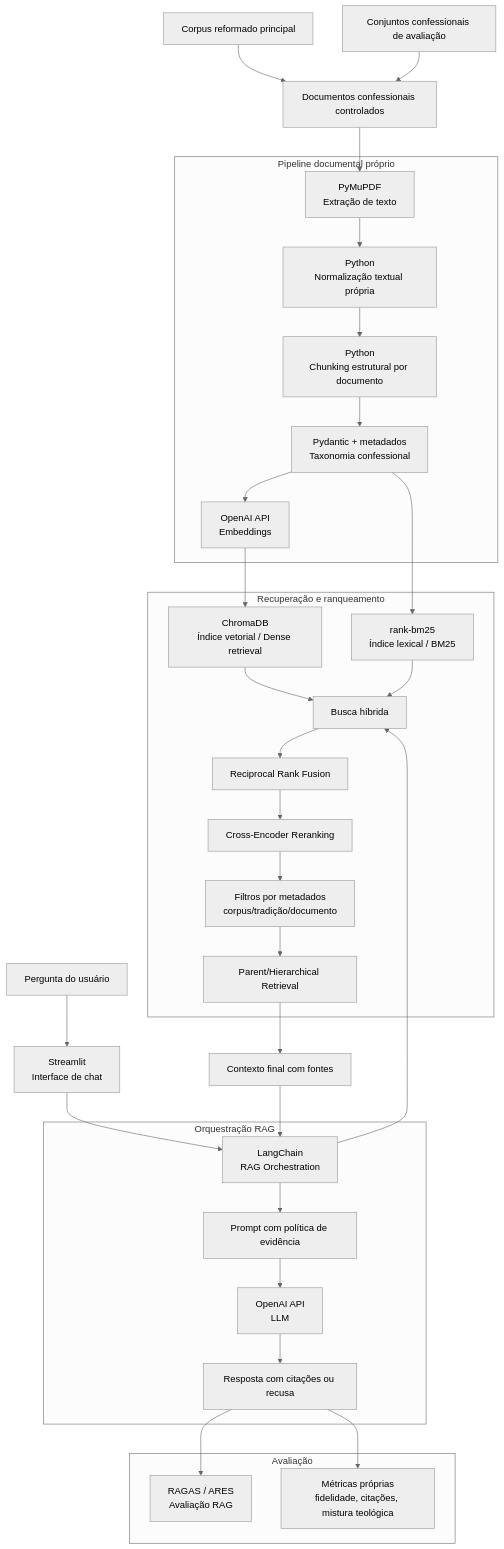
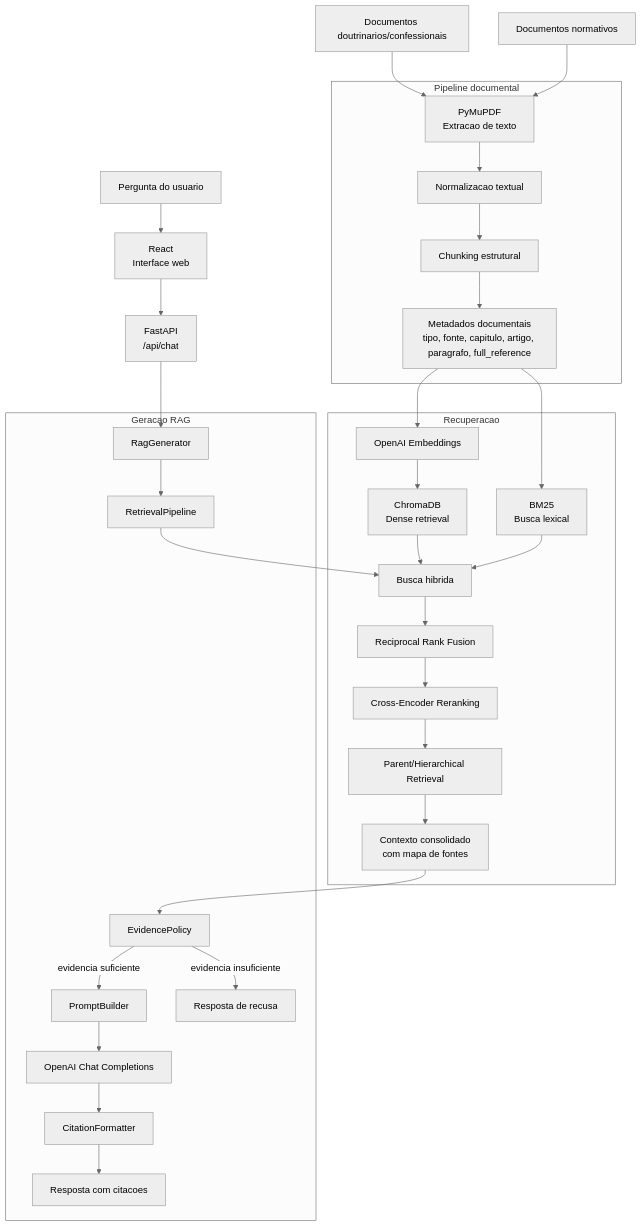
One commit to anabeatrizcavalcanti/aia changed the diagram in README.md. Above: the diagram before and after it, drawn with Mermaid (neutral theme). The commit also changed other lines of this file and 27 other files, not shown here.

Commit message:
feat: adiciona interface web

````diff
--- a/README.md
+++ b/README.md
@@ -33,65 +72,60 @@
 ```mermaid
 flowchart TD
-    A[Documentos confessionais controlados] --> B[PyMuPDF<br/>Extração de texto]
-    B --> C[Python<br/>Normalização textual própria]
-    C --> D[Python<br/>Chunking estrutural por documento]
-    D --> E[Pydantic + metadados<br/>Taxonomia confessional]
+    D1[Documentos doutrinarios/confessionais] --> A[PyMuPDF<br/>Extracao de texto]
+    D2[Documentos normativos] --> A
+    A --> B[Normalizacao textual]
+    B --> C[Chunking estrutural]
+    C --> M[Metadados documentais<br/>tipo, fonte, capitulo, artigo, paragrafo, full_reference]
 
-    E --> EMB[OpenAI API<br/>Embeddings]
-    EMB --> F1[ChromaDB<br/>Índice vetorial / Dense retrieval]
-    E --> F2[rank-bm25<br/>Índice lexical / BM25]
+    M --> E[OpenAI Embeddings]
+    E --> V[ChromaDB<br/>Dense retrieval]
+    M --> L[BM25<br/>Busca lexical]
 
-    F1 --> G[Busca híbrida]
-    F2 --> G
-    G --> H[Reciprocal Rank Fusion]
-    H --> I[Cross-Encoder Reranking]
-    I --> J[Filtros por metadados<br/>corpus/tradição/documento]
-    J --> K[Parent/Hierarchical Retrieval]
-    K --> L[Contexto final com fontes]
+    V --> H[Busca hibrida]
+    L --> H
+    H --> RRF[Reciprocal Rank Fusion]
+    RRF --> RR[Cross-Encoder Reranking]
+    RR --> HR[Parent/Hierarchical Retrieval]
+    HR --> FC[Contexto consolidado<br/>com mapa de fontes]
 
-    M[Pergunta do usuário] --> N[Streamlit<br/>Interface de chat]
-    N --> O[LangChain<br/>RAG Orchestration]
-    O --> G
-    L --> O
-    O --> P[Prompt com política de evidência]
-    P --> Q[OpenAI API<br/>LLM]
-    Q --> R[Resposta com citações ou recusa]
+    U[Pergunta do usuario] --> WEB[React<br/>Interface web]
+    WEB --> API[FastAPI<br/>/api/chat]
+    API --> GEN[RagGenerator]
+    GEN --> RP[RetrievalPipeline]
+    RP --> H
+    FC --> EP[EvidencePolicy]
+    EP -->|evidencia suficiente| PB[PromptBuilder]
+    EP -->|evidencia insuficiente| REF[Resposta de recusa]
+    PB --> OAI[OpenAI Chat Completions]
+    OAI --> CF[CitationFormatter]
+    CF --> ANS[Resposta com citacoes]
 
-    S[Corpus reformado principal] --> A
-    T[Conjuntos confessionais de avaliação] --> A
-
-    U[RAGAS / ARES<br/>Avaliação RAG]
-    V[Métricas próprias<br/>fidelidade, citações, mistura teológica]
-    R --> U
-    R --> V
-
-    subgraph Pipeline documental próprio
+    subgraph Pipeline documental
+        A
         B
         C
-        D
-        E
-        EMB
+        M
     end
 
-    subgraph Recuperação e ranqueamento
-        F1
-        F2
-        G
+    subgraph Recuperacao
+        E
+        V
+        L
         H
-        I
-        J
-        K
+        RRF
+        RR
+        HR
+        FC
     end
 
-    subgraph Orquestração RAG
-        O
-        P
-        Q
-        R
-    end
-
-    subgraph Avaliação
-        U
-        V
+    subgraph Geracao RAG
+        GEN
+        RP
+        EP
+        PB
+        OAI
+        CF
+        REF
+        ANS
     end
 ```
````
